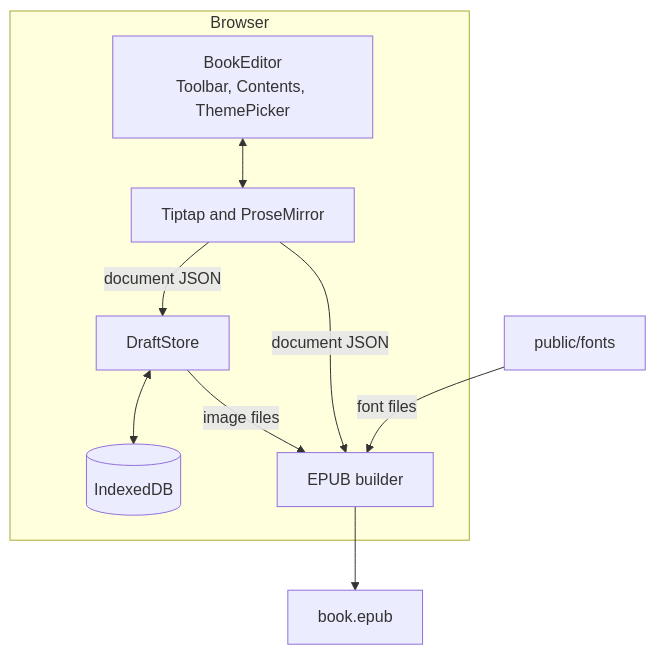
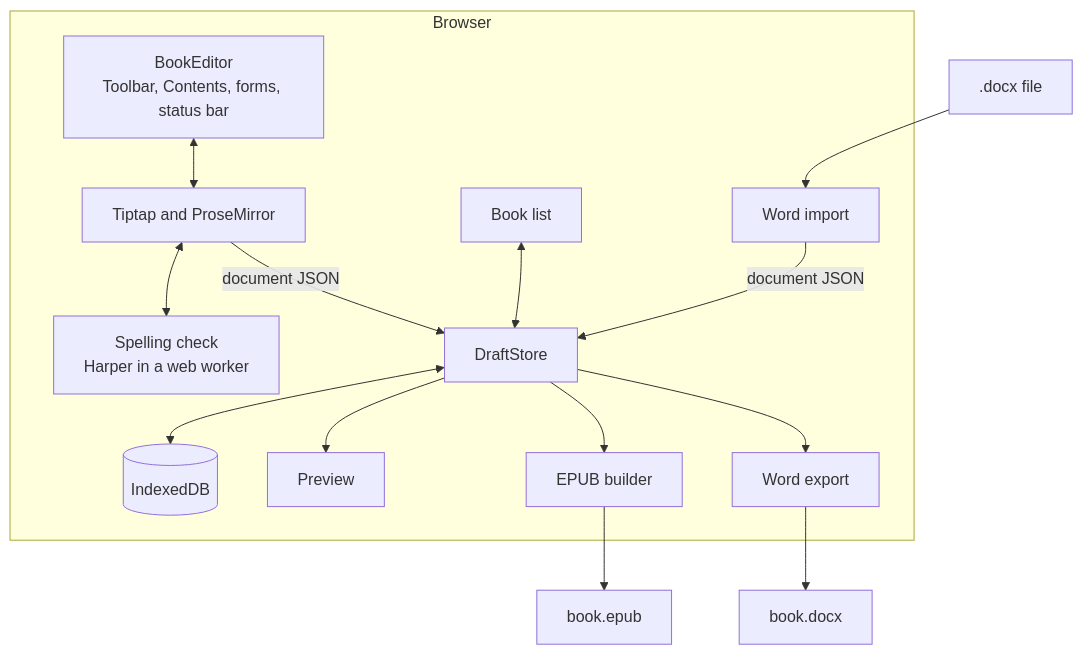
One commit to gaiaengineer/mini-web-editor changed the first of 2 diagrams in README.md. Above: the diagram before and after it, drawn with Mermaid. The commit also changed other lines of this file and 27 other files, not shown here.

````diff
--- a/README.md
+++ b/README.md
@@ -185,20 +200,27 @@
 ```mermaid
 flowchart TB
     subgraph Browser
-        UI[BookEditor<br/>Toolbar, Contents, ThemePicker]
+        List[Book list]
+        UI[BookEditor<br/>Toolbar, Contents, forms, status bar]
         Engine[Tiptap and ProseMirror]
+        Import[Word import]
+        Check[Spelling check<br/>Harper in a web worker]
         Store[DraftStore]
         IDB[(IndexedDB)]
+        Preview[Preview]
         Epub[EPUB builder]
+        Docx[Word export]
     end
-    Fonts[public/fonts]
-    File[book.epub]
-
+    File[.docx file] --> Import
+    Import -- document JSON --> Store
+    List <--> Store
     UI <--> Engine
+    Engine <--> Check
     Engine -- document JSON --> Store
     Store <--> IDB
-    Engine -- document JSON --> Epub
-    Store -- image files --> Epub
-    Fonts -- font files --> Epub
-    Epub --> File
+    Store --> Preview
+    Store --> Epub
+    Store --> Docx
+    Docx --> Out[book.docx]
+    Epub --> EOut[book.epub]
 ```
````
